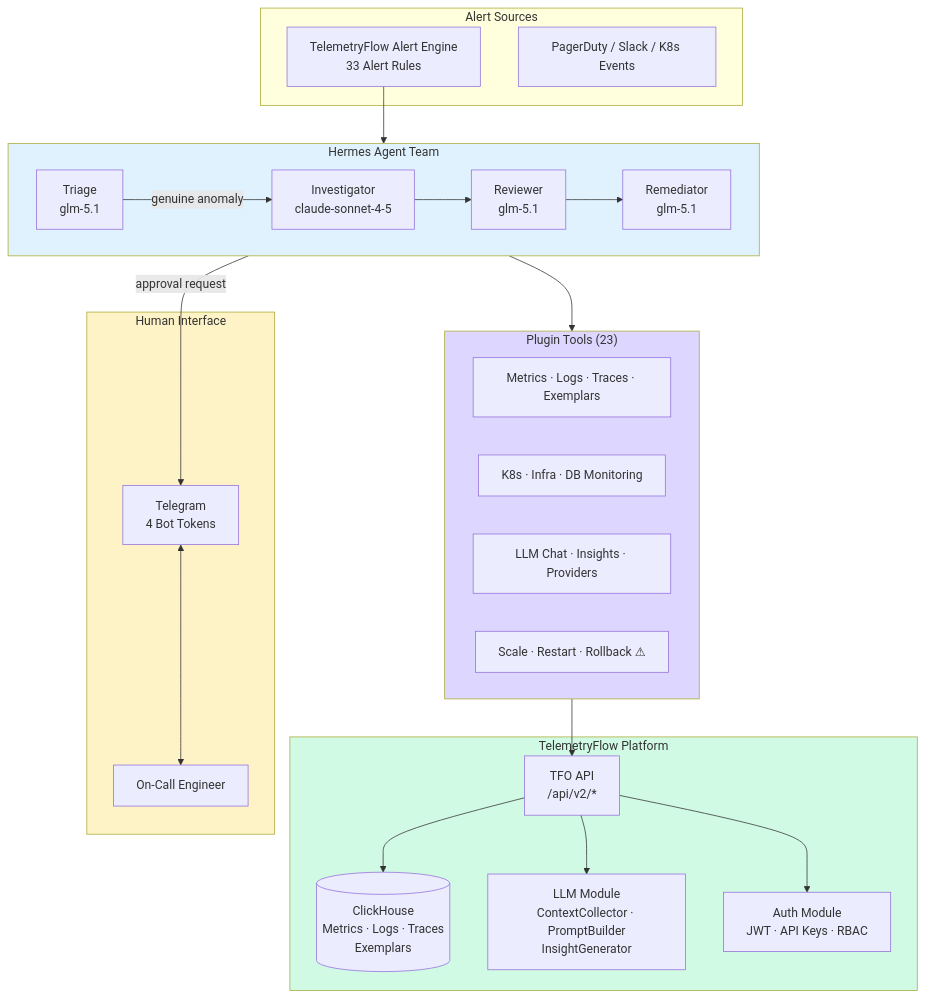
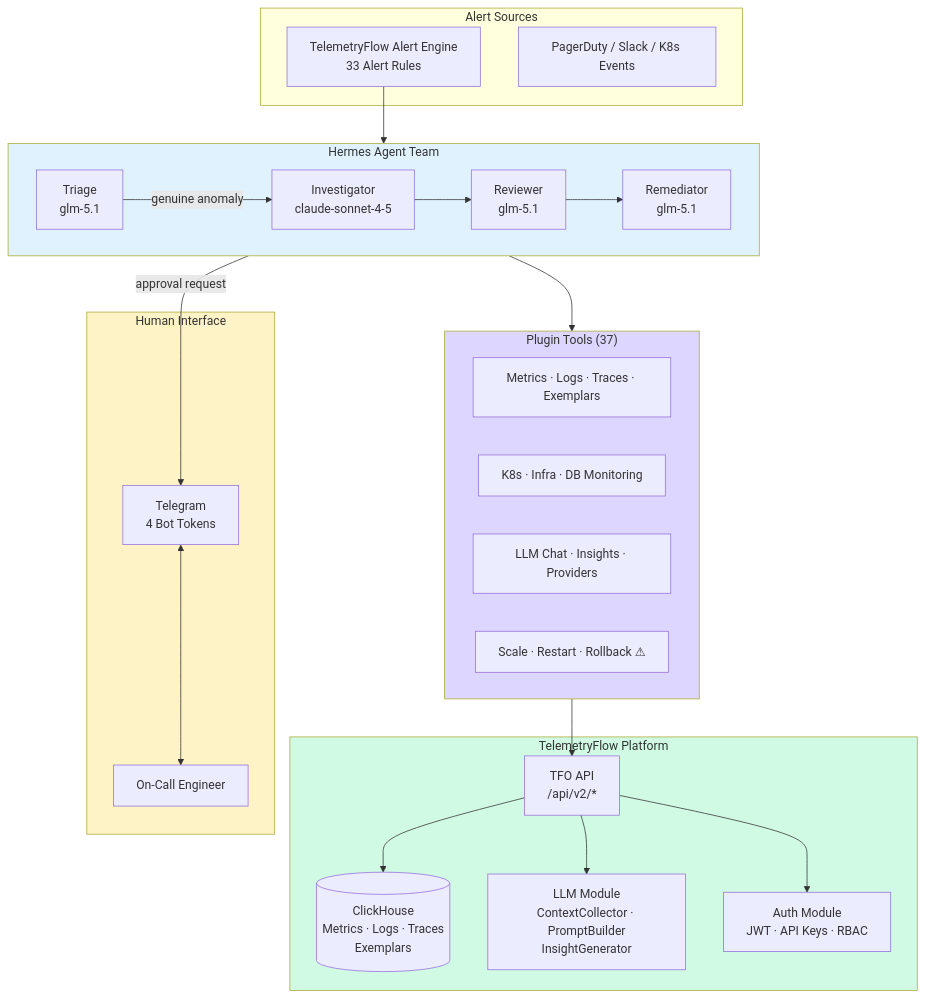
The first of 2 diagrams in README.md (telemetryflow/telemetryflow-hermes), drawn with Mermaid before and after one commit. The commit also changed other lines of this file and 26 other files, not shown here.

````diff
--- a/README.md
+++ b/README.md
@@ -79,53 +82,53 @@
 ```mermaid
 graph TB
     subgraph Alert["Alert Sources"]
         TF["TelemetryFlow Alert Engine<br/>33 Alert Rules"]
         PD["PagerDuty / Slack / K8s Events"]
     end
 
     subgraph Agents["Hermes Agent Team"]
         direction LR
         T["Triage<br/>glm-5.1"]
         I["Investigator<br/>claude-sonnet-4-5"]
         R["Reviewer<br/>glm-5.1"]
         M["Remediator<br/>glm-5.1"]
     end
 
-    subgraph Tools["Plugin Tools (23)"]
+    subgraph Tools["Plugin Tools (37)"]
         direction LR
         MT["Metrics · Logs · Traces · Exemplars"]
         K8["K8s · Infra · DB Monitoring"]
         LM["LLM Chat · Insights · Providers"]
         RM["Scale · Restart · Rollback ⚠"]
     end
 
     subgraph TFO["TelemetryFlow Platform"]
         API["TFO API<br/>/api/v2/*"]
         CH[("ClickHouse<br/>Metrics · Logs · Traces<br/>Exemplars")]
         LLM["LLM Module<br/>ContextCollector · PromptBuilder<br/>InsightGenerator"]
         AUTH["Auth Module<br/>JWT · API Keys · RBAC"]
     end
 
     subgraph Human["Human Interface"]
         TG["Telegram<br/>4 Bot Tokens"]
         ENG["On-Call Engineer"]
     end
 
     TF --> T
     T -->|"genuine anomaly"| I
     I --> R
     R --> M
     M -->|"approval request"| TG
     TG <--> ENG
 
     Agents --> Tools
     Tools --> API
     API --> CH
     API --> LLM
     API --> AUTH
 
     style Agents fill:#e0f2fe
     style Tools fill:#ddd6fe
     style TFO fill:#d1fae5
     style Human fill:#fef3c7
 ```
````
